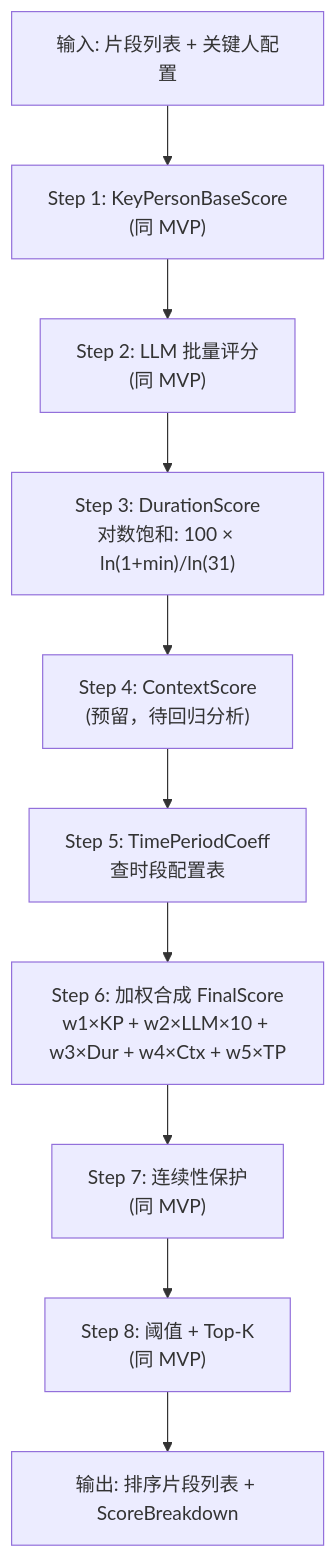
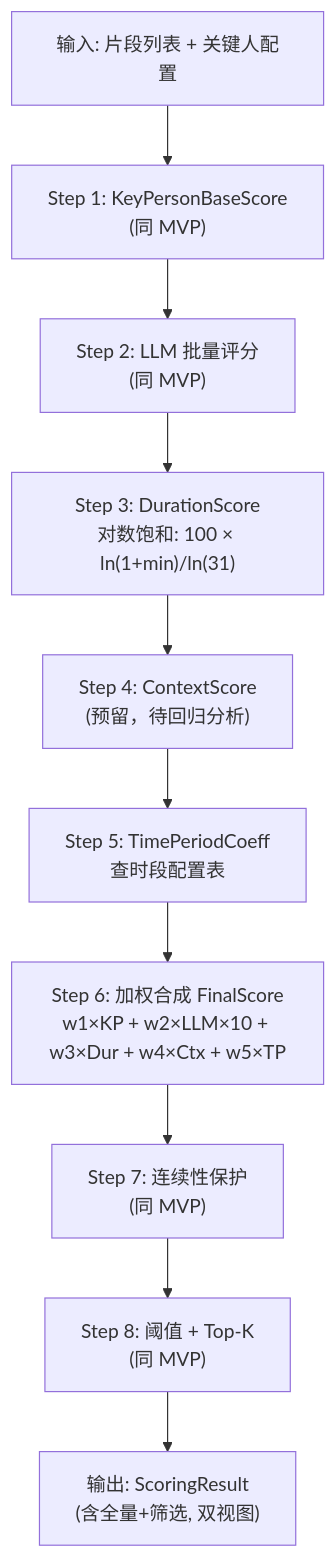
The seventh of 7 diagrams in docs/sections/arch_module3_scoring.md (SherlockHao/summary-pipeline), drawn with Mermaid before and after one commit. The commit also changed other lines of this file and 8 other files, not shown here.

````diff
--- a/docs/sections/arch_module3_scoring.md
+++ b/docs/sections/arch_module3_scoring.md
@@ -812,12 +969,12 @@
 ```mermaid
 flowchart TD
     A[输入: 片段列表 + 关键人配置] --> B["Step 1: KeyPersonBaseScore<br/>(同 MVP)"]
     B --> C["Step 2: LLM 批量评分<br/>(同 MVP)"]
     C --> D["Step 3: DurationScore<br/>对数饱和: 100 × ln(1+min)/ln(31)"]
     D --> E["Step 4: ContextScore<br/>(预留，待回归分析)"]
     E --> F["Step 5: TimePeriodCoeff<br/>查时段配置表"]
     F --> G["Step 6: 加权合成 FinalScore<br/>w1×KP + w2×LLM×10 + w3×Dur + w4×Ctx + w5×TP"]
     G --> H["Step 7: 连续性保护<br/>(同 MVP)"]
     H --> I["Step 8: 阈值 + Top-K<br/>(同 MVP)"]
-    I --> J[输出: 排序片段列表 + ScoreBreakdown]
+    I --> J["输出: ScoringResult<br/>(含全量+筛选, 双视图)"]
 ```
````
